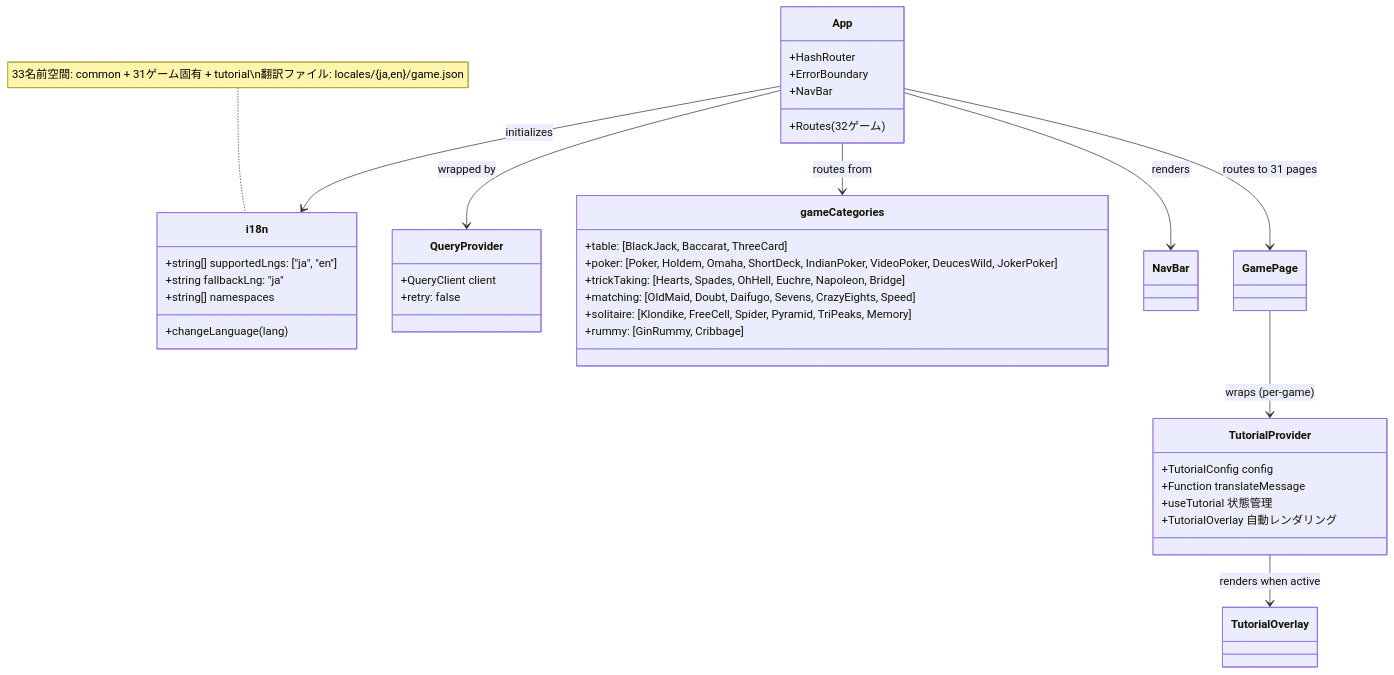
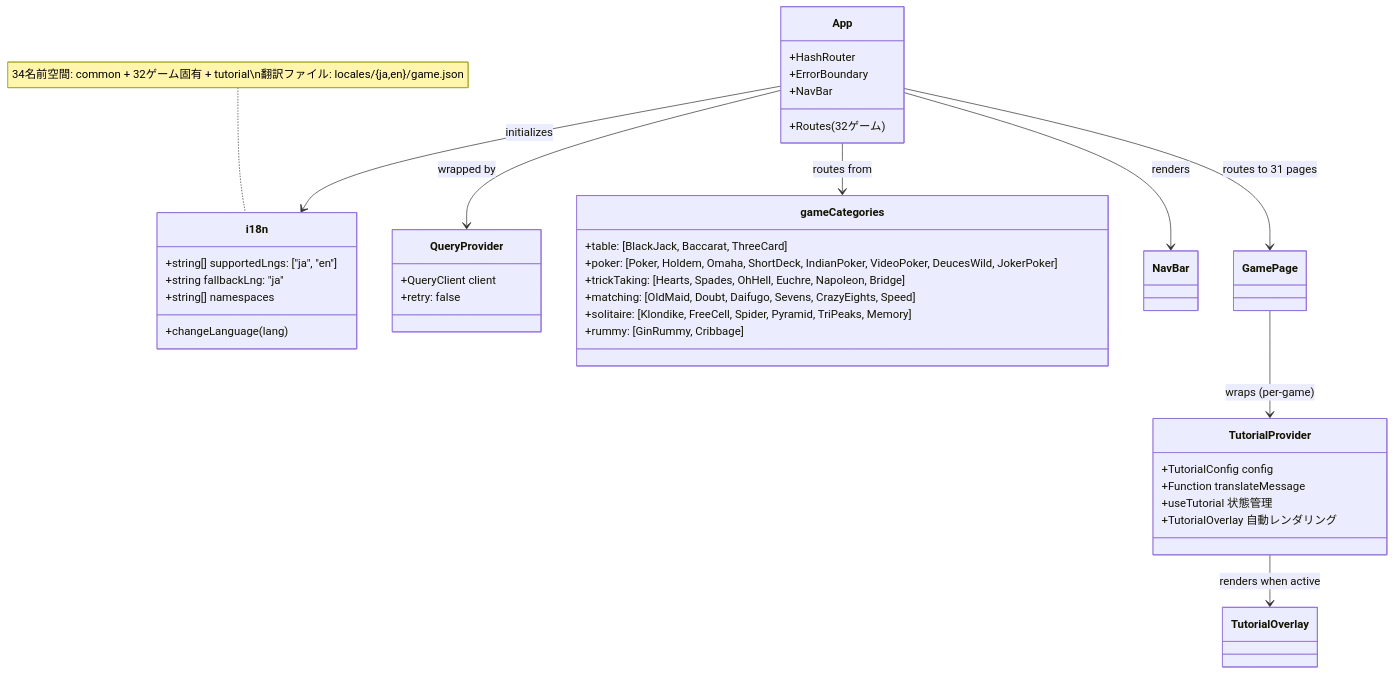
One commit to yuta-yoshinaga/go_trumpcards changed the ninth of 24 diagrams in docs/design/frontend.md. Above: the diagram before and after it, drawn with Mermaid. The commit also changed other lines of this file and 4 other files, not shown here.

First line of the commit message:
feat: add tutorial support to Bridge game

````diff
--- a/docs/design/frontend.md
+++ b/docs/design/frontend.md
@@ -1098,47 +1099,47 @@
 ```mermaid
 classDiagram
     class i18n {
         +string[] supportedLngs: ["ja", "en"]
         +string fallbackLng: "ja"
         +string[] namespaces
         +changeLanguage(lang)
     }
 
     class QueryProvider {
         +QueryClient client
         +retry: false
     }
 
     class App {
         +HashRouter
         +ErrorBoundary
         +NavBar
         +Routes (32ゲーム)
     }
 
     class gameCategories {
         +table: [BlackJack, Baccarat, ThreeCard]
         +poker: [Poker, Holdem, Omaha, ShortDeck, IndianPoker, VideoPoker, DeucesWild, JokerPoker]
         +trickTaking: [Hearts, Spades, OhHell, Euchre, Napoleon, Bridge]
         +matching: [OldMaid, Doubt, Daifugo, Sevens, CrazyEights, Speed]
         +solitaire: [Klondike, FreeCell, Spider, Pyramid, TriPeaks, Memory]
         +rummy: [GinRummy, Cribbage]
     }
 
     class TutorialProvider {
         +TutorialConfig config
         +Function translateMessage
         +useTutorial 状態管理
         +TutorialOverlay 自動レンダリング
     }
 
     App --> QueryProvider : wrapped by
     App --> i18n : initializes
     App --> gameCategories : routes from
     App --> NavBar : renders
     App --> GamePage : routes to 31 pages
     GamePage --> TutorialProvider : wraps (per-game)
     TutorialProvider --> TutorialOverlay : renders when active
 
-    note for i18n "33名前空間: common + 31ゲーム固有 + tutorial\n翻訳ファイル: locales/{ja,en}/game.json"
+    note for i18n "34名前空間: common + 32ゲーム固有 + tutorial\n翻訳ファイル: locales/{ja,en}/game.json"
 ```
````
